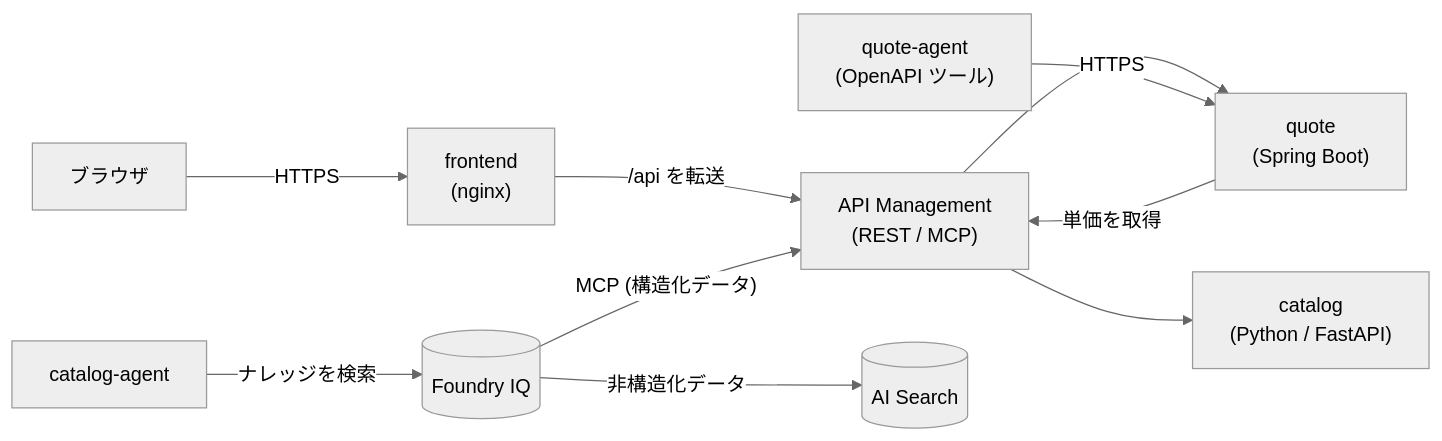
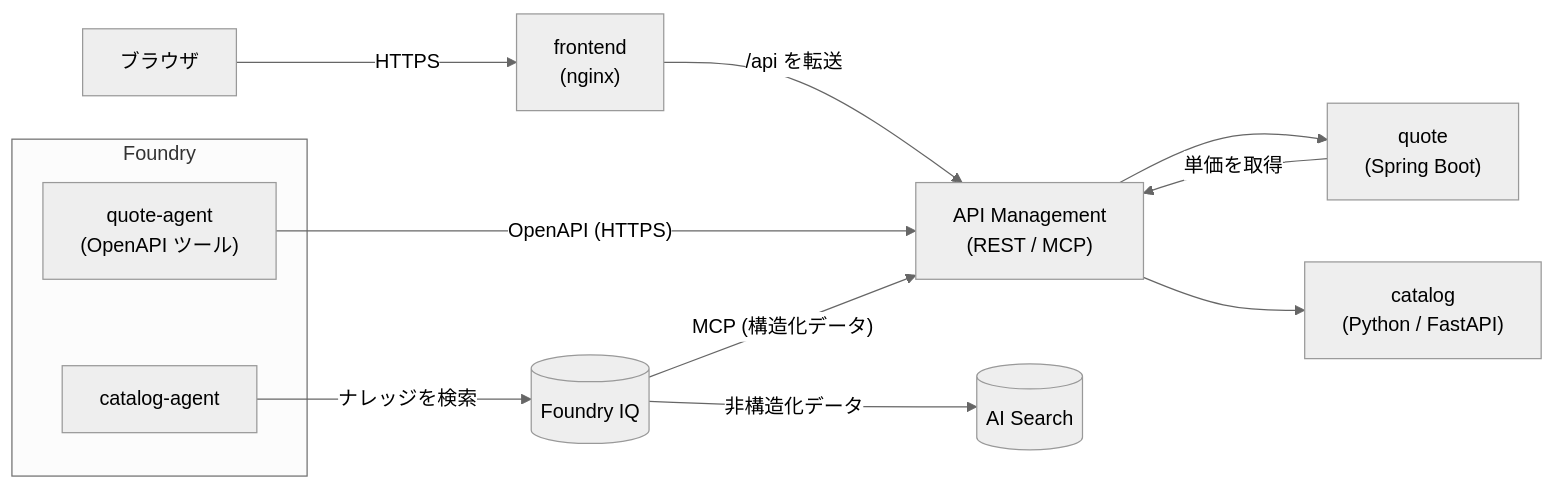
One commit to k-kosugi/quote changed the first of 2 diagrams in README.md. Above: the diagram before and after it, drawn with Mermaid (neutral theme).

Commit message:
README の図: quote-agent を APIM 経由にし、エージェントを Foundry の箱に入れる

````diff
--- a/README.md
+++ b/README.md
@@ -53,12 +53,16 @@
 ```mermaid
 flowchart LR
     Browser[ブラウザ] -->|HTTPS| Frontend["frontend<br/>(nginx)"]
     Frontend -->|"/api を転送"| Apim["API Management<br/>(REST / MCP)"]
     Apim --> Quote["quote<br/>(Spring Boot)"]
     Apim --> Catalog["catalog<br/>(Python / FastAPI)"]
     Quote -->|"単価を取得"| Apim
-    QuoteAgent["quote-agent<br/>(OpenAPI ツール)"] -->|HTTPS| Quote
-    CatalogAgent["catalog-agent"] -->|"ナレッジを検索"| IQ[("Foundry IQ")]
+    subgraph Foundry
+        QuoteAgent["quote-agent<br/>(OpenAPI ツール)"]
+        CatalogAgent["catalog-agent"]
+    end
+    QuoteAgent -->|"OpenAPI (HTTPS)"| Apim
+    CatalogAgent -->|"ナレッジを検索"| IQ[("Foundry IQ")]
     IQ -->|"非構造化データ"| Search[("AI Search")]
     IQ -->|"MCP (構造化データ)"| Apim
 ```
````
